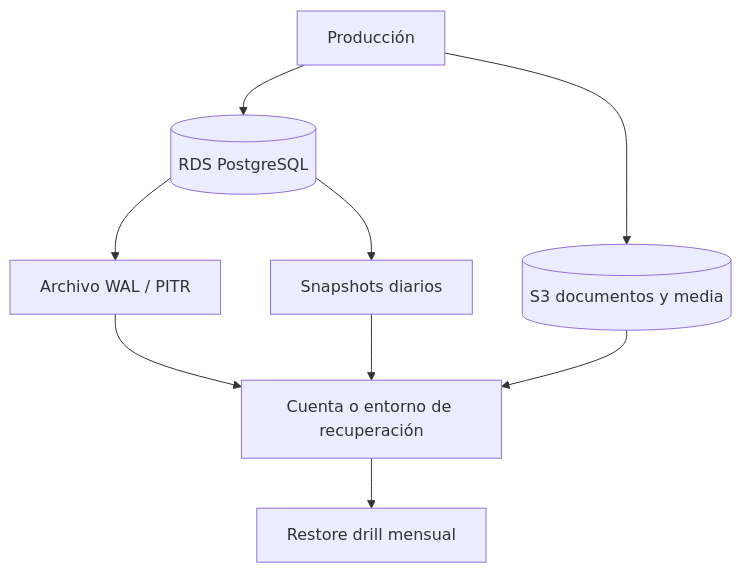
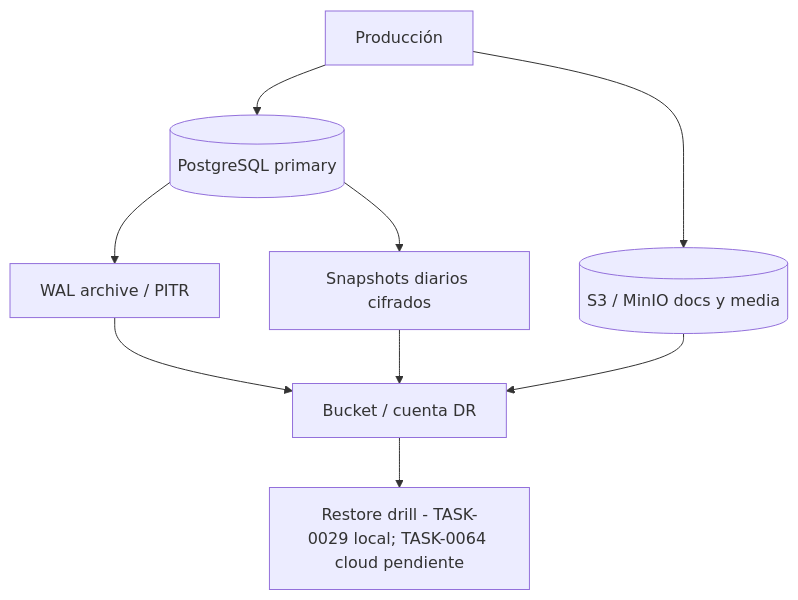
One commit to agentecopilotoai-code/copiloto-core changed the second of 6 diagrams in README.md. Above: the diagram before and after it, drawn with Mermaid. The commit also changed other lines of this file and 2 other files, not shown here.

````diff
--- a/README.md
+++ b/README.md
@@ -182,19 +228,19 @@
 ```mermaid
 flowchart TD
     P[Producción]
-    B[(RDS PostgreSQL)]
-    O[(S3 documentos y media)]
-    WAL[Archivo WAL / PITR]
-    SNAP[Snapshots diarios]
-    DR[Cuenta o entorno de recuperación]
-    TEST[Restore drill mensual]
+    B[(PostgreSQL primary)]
+    O[(S3 / MinIO docs y media)]
+    WAL[WAL archive / PITR]
+    SNAP[Snapshots diarios cifrados]
+    DR[Bucket / cuenta DR]
+    TEST[Restore drill - TASK-0029 local; TASK-0064 cloud pendiente]
 
     P --> B
     P --> O
     B --> WAL
     B --> SNAP
     WAL --> DR
     SNAP --> DR
     O --> DR
     DR --> TEST
 ```
````
